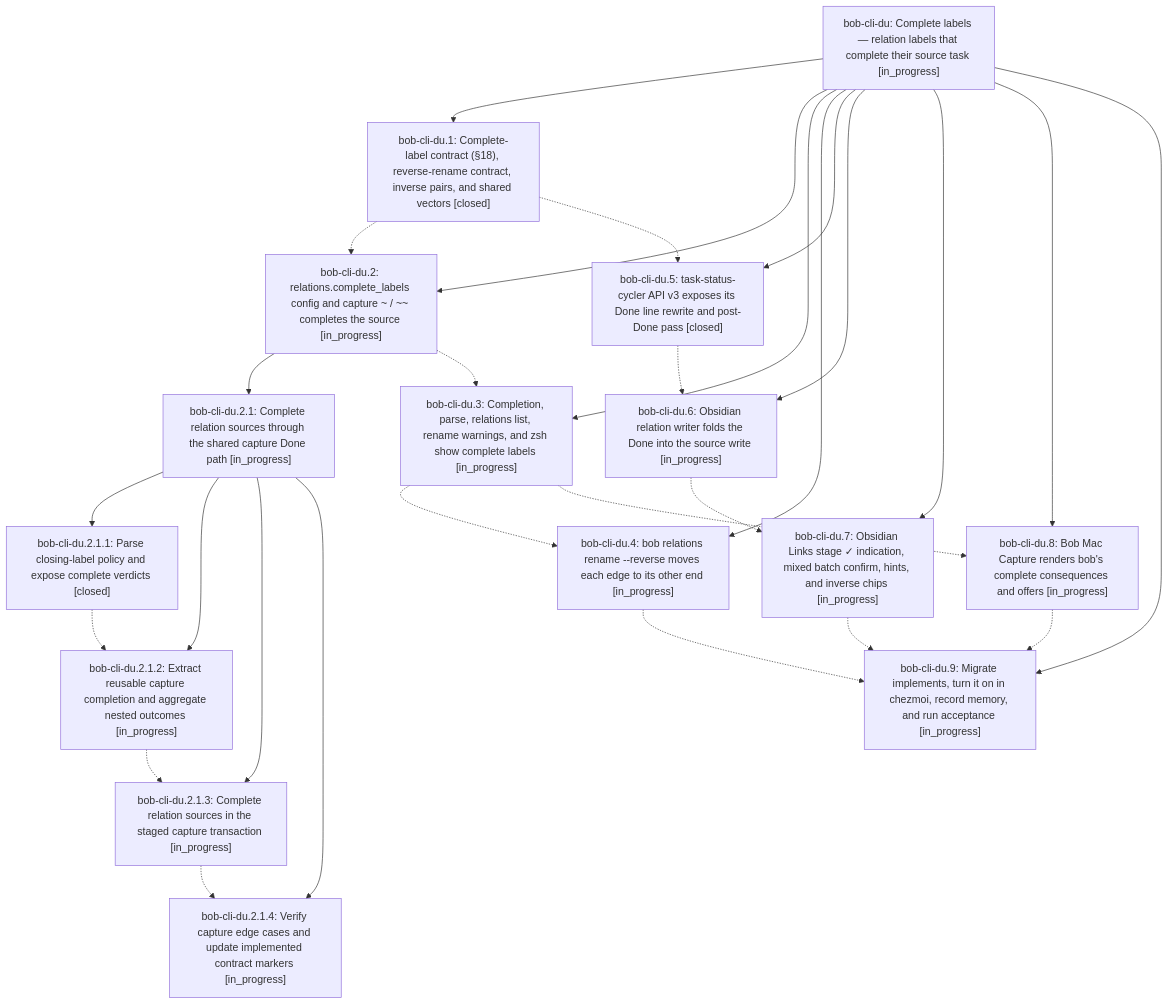
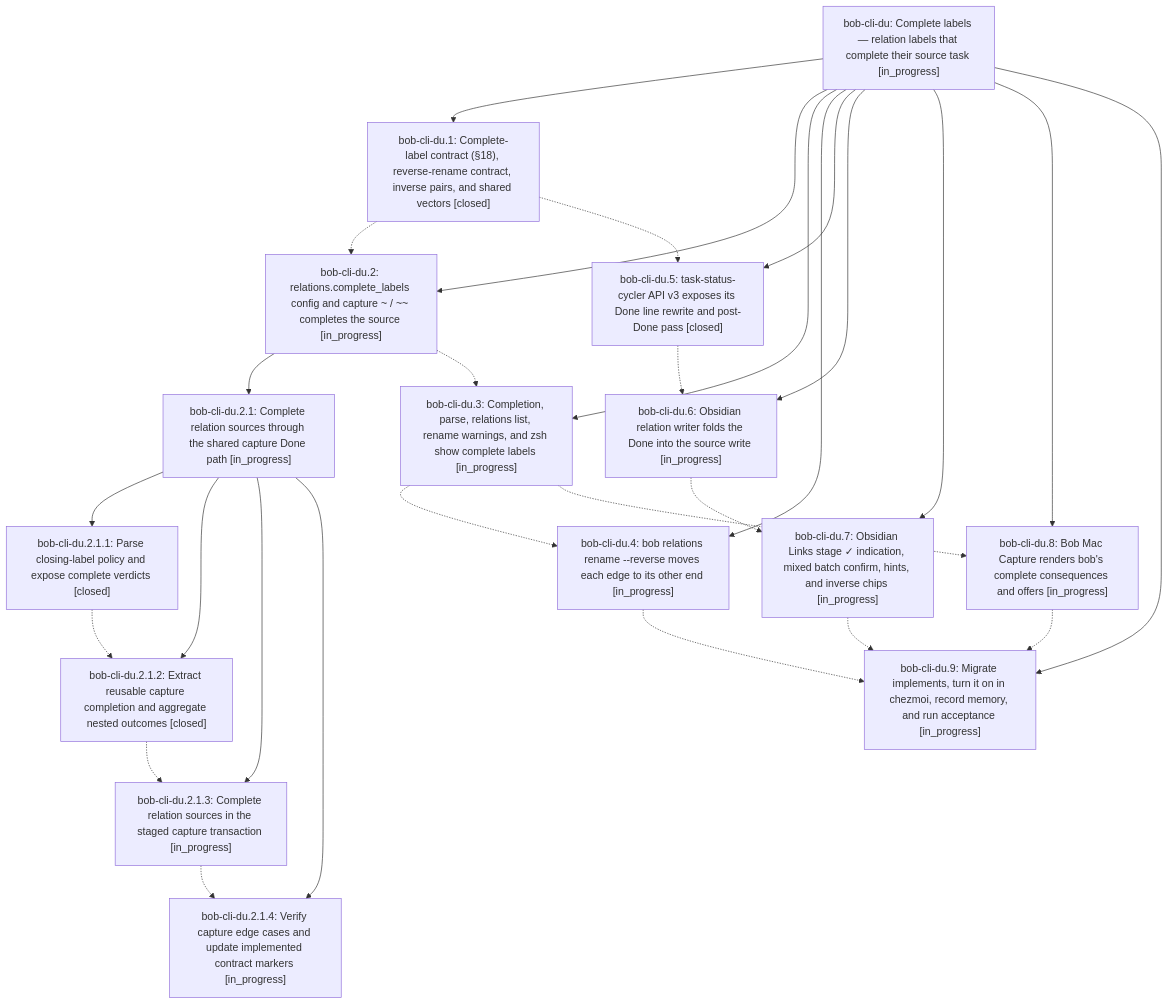
One commit to bobs-org/bob-cli--beads changed the diagram in pages/bob-cli-du/README.md. Above: the diagram before and after it, drawn with Mermaid. The commit also changed other lines of this file and 5 other files, not shown here.

First line of the commit message:
chore(beads): sync bead state and pages for bob-cli-du

````diff
--- a/pages/bob-cli-du/README.md
+++ b/pages/bob-cli-du/README.md
@@ -44,45 +44,45 @@
 ```mermaid
 flowchart TD
     n0["bob-cli-du: Complete labels — relation labels that complete their source task [in_progress]"]
     n1["bob-cli-du.1: Complete-label contract (§18), reverse-rename contract, inverse pairs, and shared vectors [closed]"]
     n2["bob-cli-du.2: relations.complete_labels config and capture ~ / ~~ completes the source [in_progress]"]
     n3["bob-cli-du.2.1: Complete relation sources through the shared capture Done path [in_progress]"]
     n4["bob-cli-du.2.1.1: Parse closing-label policy and expose complete verdicts [closed]"]
-    n5["bob-cli-du.2.1.2: Extract reusable capture completion and aggregate nested outcomes [in_progress]"]
+    n5["bob-cli-du.2.1.2: Extract reusable capture completion and aggregate nested outcomes [closed]"]
     n6["bob-cli-du.2.1.3: Complete relation sources in the staged capture transaction [in_progress]"]
     n7["bob-cli-du.2.1.4: Verify capture edge cases and update implemented contract markers [in_progress]"]
     n8["bob-cli-du.3: Completion, parse, relations list, rename warnings, and zsh show complete labels [in_progress]"]
     n9["bob-cli-du.4: bob relations rename --reverse moves each edge to its other end [in_progress]"]
     n10["bob-cli-du.5: task-status-cycler API v3 exposes its Done line rewrite and post-Done pass [closed]"]
     n11["bob-cli-du.6: Obsidian relation writer folds the Done into the source write [in_progress]"]
     n12["bob-cli-du.7: Obsidian Links stage ✓ indication, mixed batch confirm, hints, and inverse chips [in_progress]"]
     n13["bob-cli-du.8: Bob Mac Capture renders bob's complete consequences and offers [in_progress]"]
     n14["bob-cli-du.9: Migrate implements, turn it on in chezmoi, record memory, and run acceptance [in_progress]"]
     n0 --> n1
     n0 --> n2
     n2 --> n3
     n3 --> n4
     n3 --> n5
     n3 --> n6
     n3 --> n7
     n0 --> n8
     n0 --> n9
     n0 --> n10
     n0 --> n11
     n0 --> n12
     n0 --> n13
     n0 --> n14
     n1 -.-> n2
     n1 -.-> n10
     n2 -.-> n8
     n4 -.-> n5
     n5 -.-> n6
     n6 -.-> n7
     n8 -.-> n9
     n8 -.-> n13
     n9 -.-> n14
     n10 -.-> n11
     n11 -.-> n12
     n12 -.-> n14
     n13 -.-> n14
 ```
````
